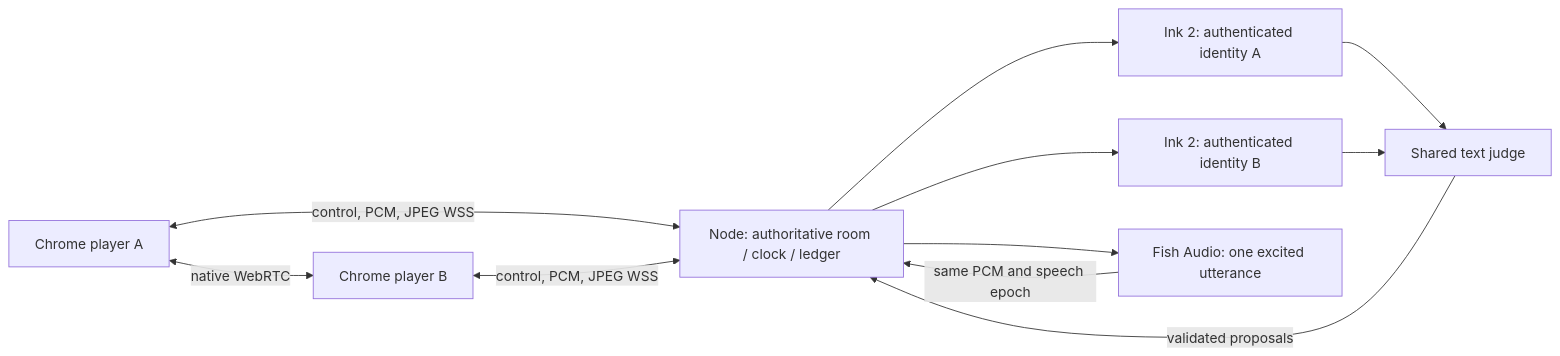
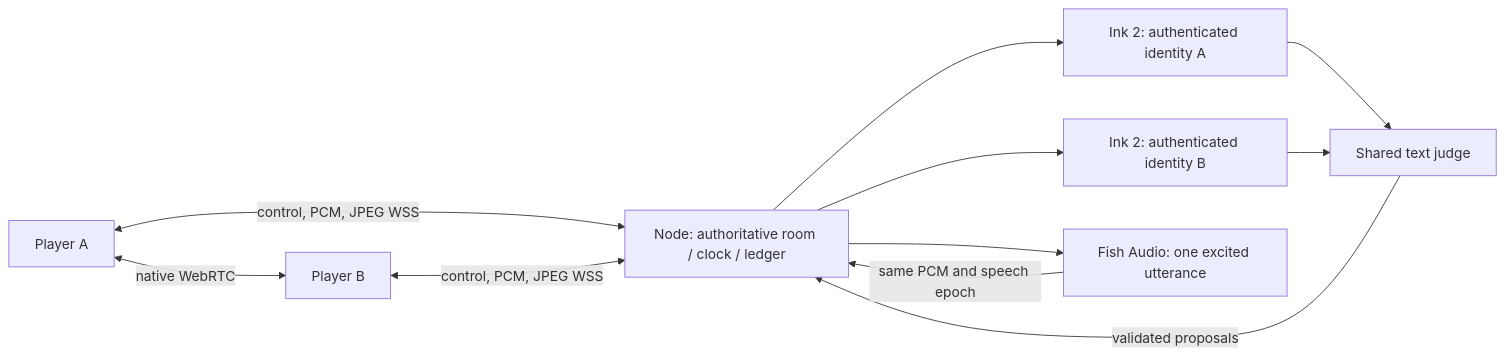
The diagram in README.md (arazfar/hear_me_out), drawn with Mermaid before and after one commit. The commit also changed other lines of this file and 72 other files, not shown here.

````diff
--- a/README.md
+++ b/README.md
@@ -53,13 +67,13 @@
 ```mermaid
 flowchart LR
-  A[Chrome player A] <-->|native WebRTC| B[Chrome player B]
+  A[Player A] <-->|native WebRTC| B[Player B]
   A <-->|control, PCM, JPEG WSS| N[Node: authoritative room / clock / ledger]
   B <-->|control, PCM, JPEG WSS| N
   N --> IA[Ink 2: authenticated identity A]
   N --> IB[Ink 2: authenticated identity B]
   IA --> J[Shared text judge]
   IB --> J
   J -->|validated proposals| N
   N --> T[Fish Audio: one excited utterance]
   T -->|same PCM and speech epoch| N
 ```
````
